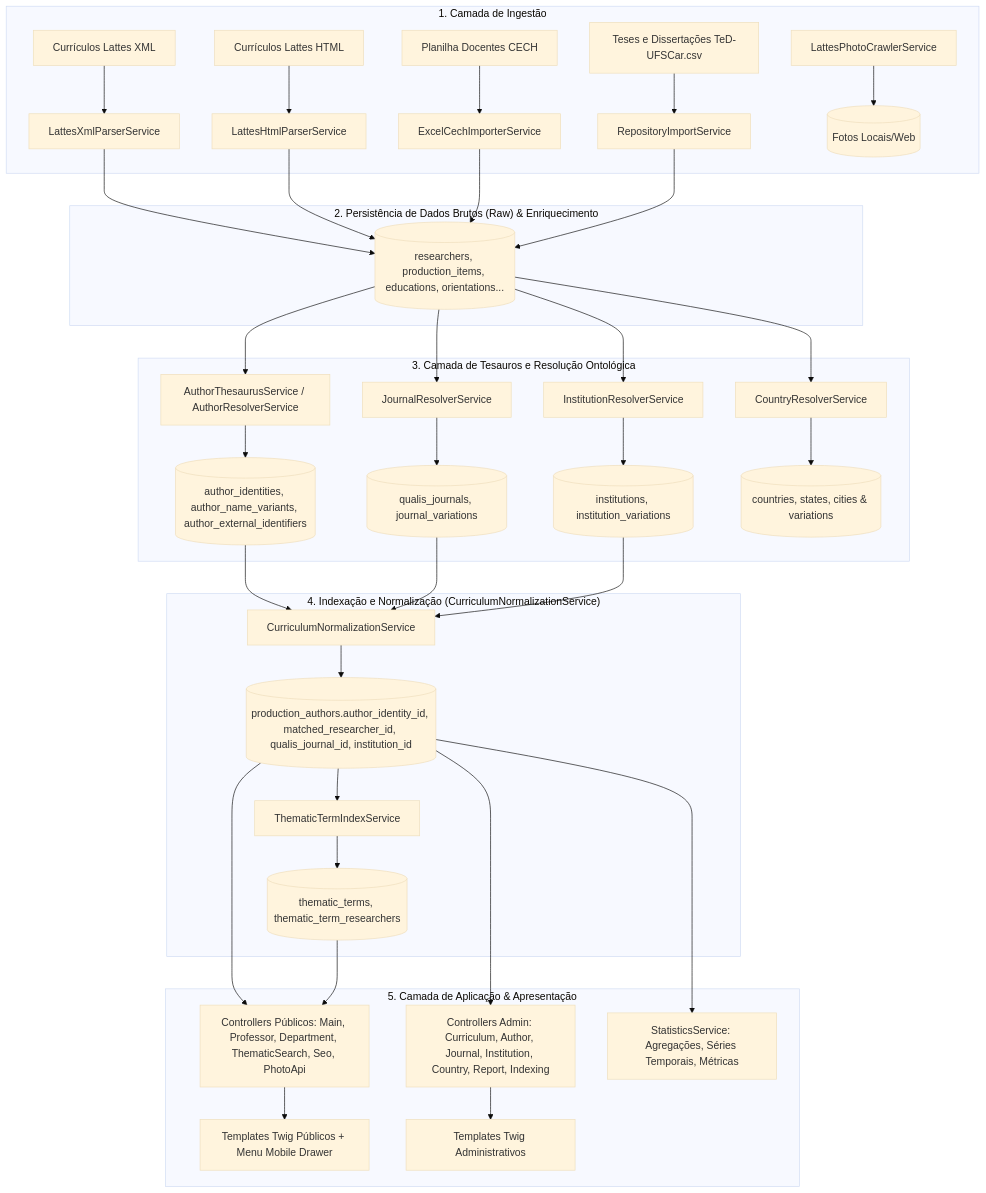
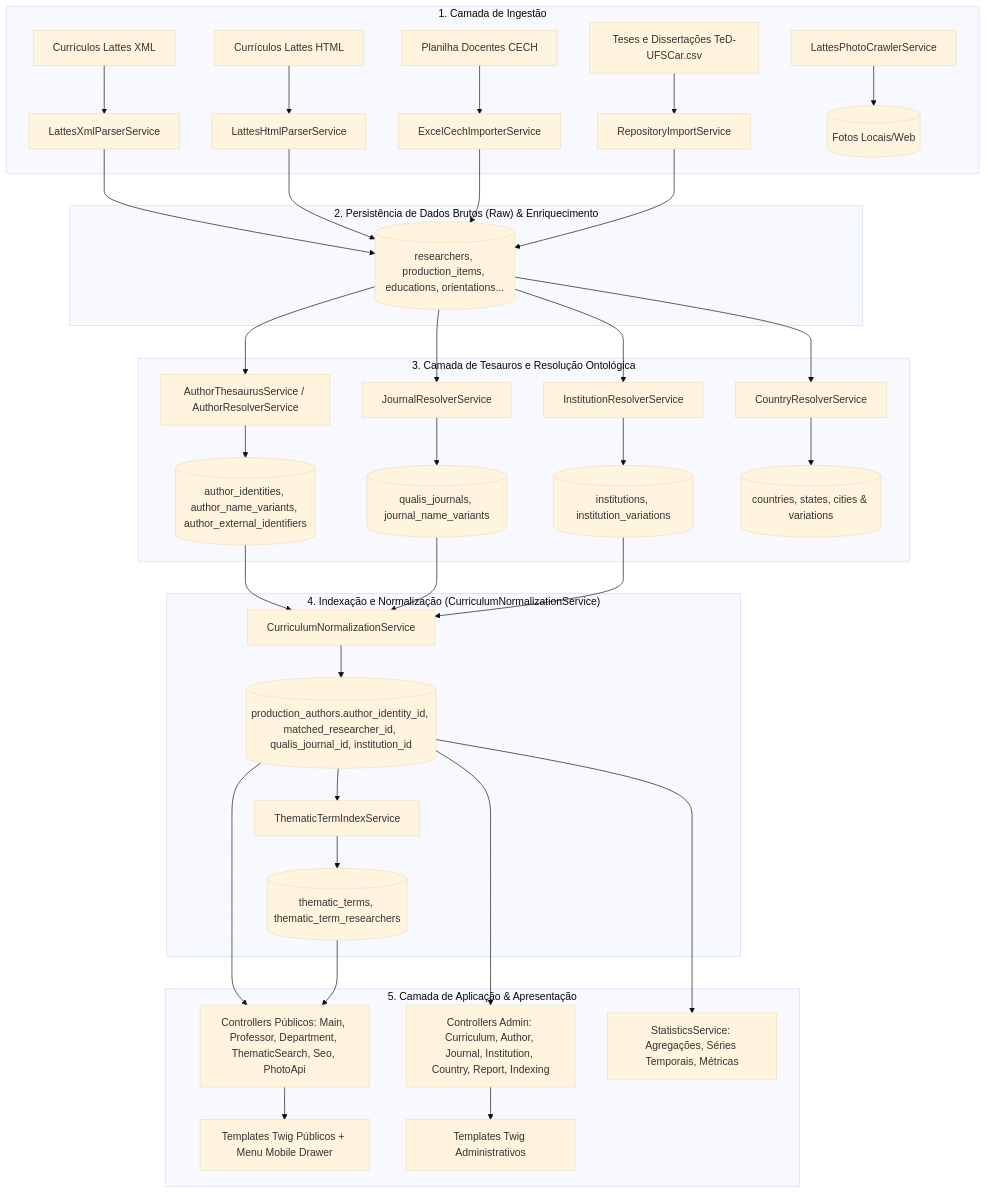
Before and after one commit to JonasPoli/ufscar-cech: the diagram in docs/ARQUITETURA_E_PROCESSOS.md, drawn with Mermaid (base theme). The commit also changed other lines of this file and 9 other files, not shown here.

````diff
--- a/docs/ARQUITETURA_E_PROCESSOS.md
+++ b/docs/ARQUITETURA_E_PROCESSOS.md
@@ -19,48 +19,48 @@
 ```mermaid
 graph TD
     subgraph Ingestao ["1. Camada de Ingestão"]
         LattesXML[Currículos Lattes XML] --> LattesXmlParser[LattesXmlParserService]
         LattesHTML[Currículos Lattes HTML] --> LattesHtmlParser[LattesHtmlParserService]
         PlanilhaCECH[Planilha Docentes CECH] --> ExcelImporter[ExcelCechImporterService]
         TeDCSV[Teses e Dissertações TeD-UFSCar.csv] --> RepoImporter[RepositoryImportService]
         LattesPhotoCrawler[LattesPhotoCrawlerService] --> StorageFotos[(Fotos Locais/Web)]
     end
 
     subgraph PersistenciaRaw ["2. Persistência de Dados Brutos (Raw) & Enriquecimento"]
         LattesXmlParser --> DB_Raw[(researchers, production_items, educations, orientations...)]
         LattesHtmlParser --> DB_Raw
         ExcelImporter --> DB_Raw
         RepoImporter --> DB_Raw
     end
 
     subgraph Tesauros ["3. Camada de Tesauros e Resolução Ontológica"]
         DB_Raw --> AuthThesaurus[AuthorThesaurusService / AuthorResolverService]
         DB_Raw --> JournalResolver[JournalResolverService]
         DB_Raw --> InstResolver[InstitutionResolverService]
         DB_Raw --> CountryResolver[CountryResolverService]
         
         AuthThesaurus --> DB_Thesaurus[(author_identities, author_name_variants, author_external_identifiers)]
-        JournalResolver --> DB_Qualis[(qualis_journals, journal_variations)]
+        JournalResolver --> DB_Qualis[(qualis_journals, journal_name_variants)]
         InstResolver --> DB_Institutions[(institutions, institution_variations)]
         CountryResolver --> DB_Geo[(countries, states, cities & variations)]
     end
 
     subgraph Normalizacao ["4. Indexação e Normalização (CurriculumNormalizationService)"]
         DB_Thesaurus --> NormService[CurriculumNormalizationService]
         DB_Qualis --> NormService
         DB_Institutions --> NormService
         NormService --> DB_Indexed[(production_authors.author_identity_id, matched_researcher_id, qualis_journal_id, institution_id)]
 
         DB_Indexed --> ThematicIndex[ThematicTermIndexService]
         ThematicIndex --> DB_Thematic[(thematic_terms, thematic_term_researchers)]
     end
 
     subgraph CamadaAplicacao ["5. Camada de Aplicação & Apresentação"]
         DB_Indexed --> PubControllers[Controllers Públicos: Main, Professor, Department, ThematicSearch, Seo, PhotoApi]
         DB_Thematic --> PubControllers
         DB_Indexed --> AdminControllers[Controllers Admin: Curriculum, Author, Journal, Institution, Country, Report, Indexing]
         DB_Indexed --> StatsService[StatisticsService: Agregações, Séries Temporais, Métricas]
         PubControllers --> TwigPub[Templates Twig Públicos + Menu Mobile Drawer]
         AdminControllers --> TwigAdmin[Templates Twig Administrativos]
     end
 ```
````
